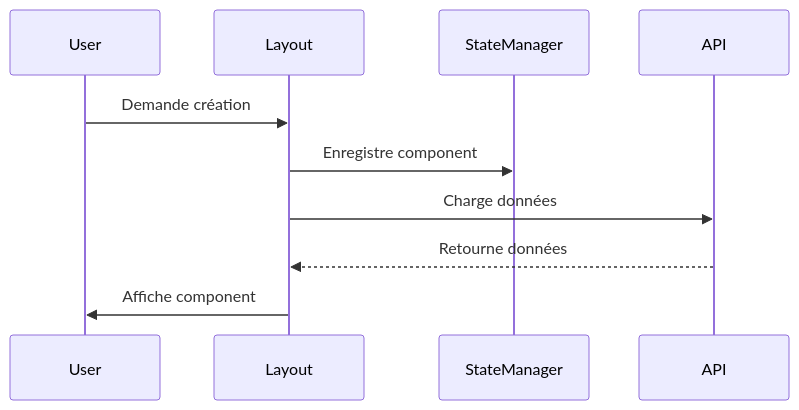
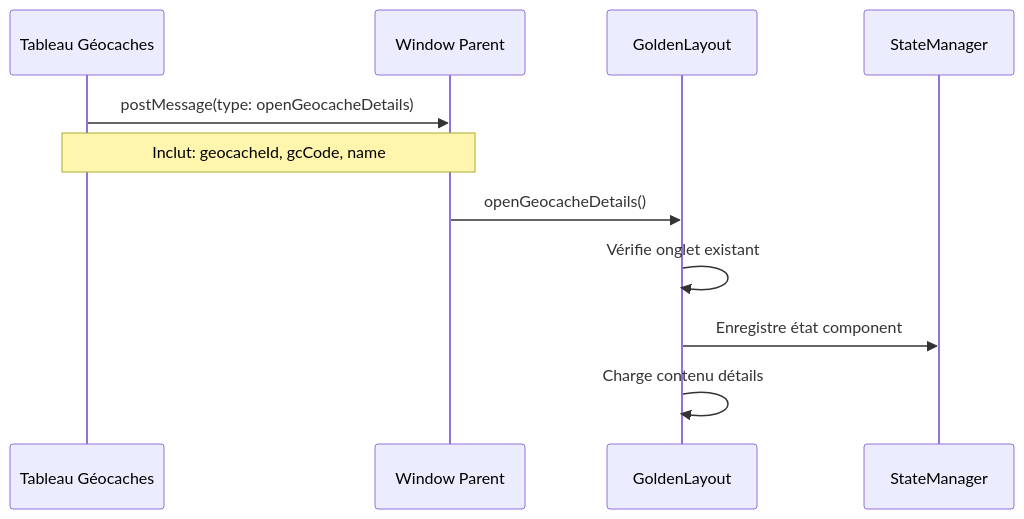
One commit to TherionAcribus/MysterAI changed the first of 3 diagrams in docs/layout_system.md. Above: the diagram before and after it, drawn with Mermaid. The commit also changed other lines of this file and 9 other files, not shown here.

````diff
--- a/docs/layout_system.md
+++ b/docs/layout_system.md
@@ -104,13 +55,14 @@
 ```mermaid
 sequenceDiagram
-    participant User
-    participant Layout
-    participant StateManager
-    participant API
-
-    User->>Layout: Demande création
-    Layout->>StateManager: Enregistre component
-    Layout->>API: Charge données
-    API-->>Layout: Retourne données
-    Layout->>User: Affiche component
+    participant Table as Tableau Géocaches
+    participant Parent as Window Parent
+    participant Layout as GoldenLayout
+    participant State as StateManager
+    
+    Table->>Parent: postMessage(type: openGeocacheDetails)
+    Note over Table,Parent: Inclut: geocacheId, gcCode, name
+    Parent->>Layout: openGeocacheDetails()
+    Layout->>Layout: Vérifie onglet existant
+    Layout->>State: Enregistre état component
+    Layout->>Layout: Charge contenu détails
 ```
````
